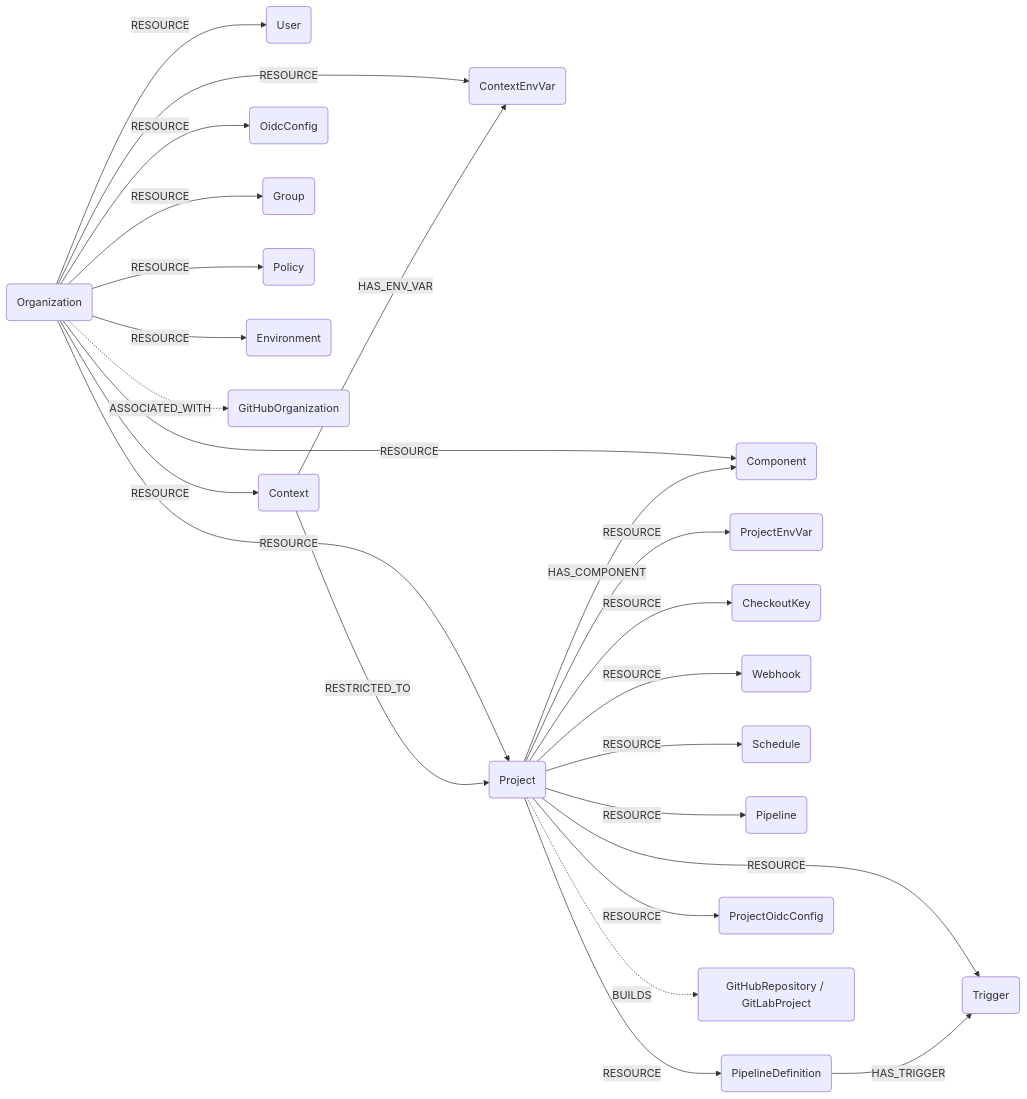
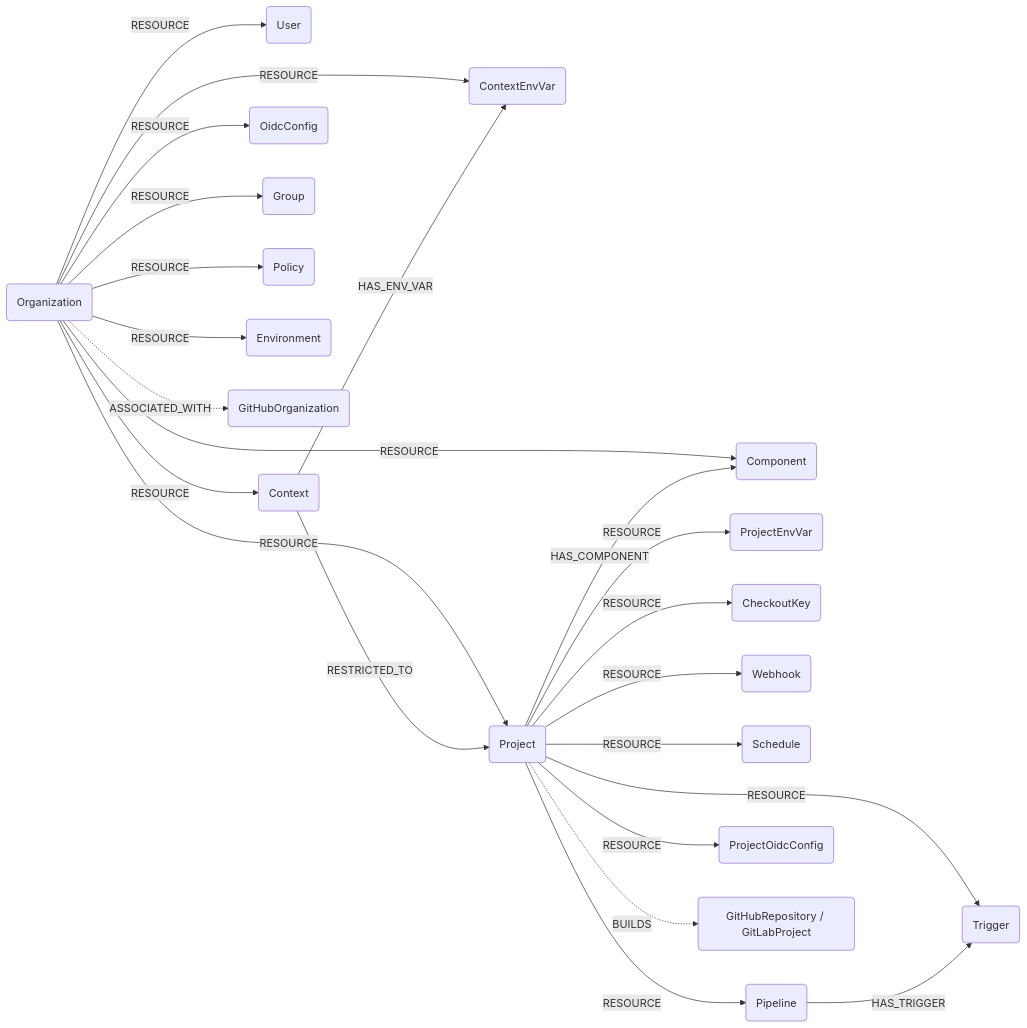
One commit to cartography-cncf/cartography changed the diagram in docs/root/modules/circleci/schema.md. Above: the diagram before and after it, drawn with Mermaid. The commit also changed other lines of this file and 13 other files, not shown here.

First line of the commit message:
refactor(circleci): drop pipeline runs, rename PipelineDefinition->Pipeline, capture scheduled triggers

````diff
--- a/docs/root/modules/circleci/schema.md
+++ b/docs/root/modules/circleci/schema.md
@@ -3,26 +3,25 @@
 ```mermaid
 graph LR
 O(Organization) -- RESOURCE --> U(User)
 O -- RESOURCE --> C(Context)
 O -- RESOURCE --> CEV(ContextEnvVar)
 C -- HAS_ENV_VAR --> CEV
 O -- RESOURCE --> OIDC(OidcConfig)
 O -- RESOURCE --> G(Group)
 O -- RESOURCE --> POL(Policy)
 O -- RESOURCE --> ENV(Environment)
 O -- RESOURCE --> CMP(Component)
 O -- RESOURCE --> P(Project)
 P -- HAS_COMPONENT --> CMP
 P -- RESOURCE --> PEV(ProjectEnvVar)
 P -- RESOURCE --> CK(CheckoutKey)
 P -- RESOURCE --> W(Webhook)
 P -- RESOURCE --> S(Schedule)
 P -- RESOURCE --> PL(Pipeline)
-P -- RESOURCE --> PD(PipelineDefinition)
 P -- RESOURCE --> TR(Trigger)
 P -- RESOURCE --> POIDC(ProjectOidcConfig)
-PD -- HAS_TRIGGER --> TR
+PL -- HAS_TRIGGER --> TR
 C -- RESTRICTED_TO --> P
 O -. ASSOCIATED_WITH .-> GHO(GitHubOrganization)
 P -. BUILDS .-> GHR(GitHubRepository / GitLabProject)
 ```
````
